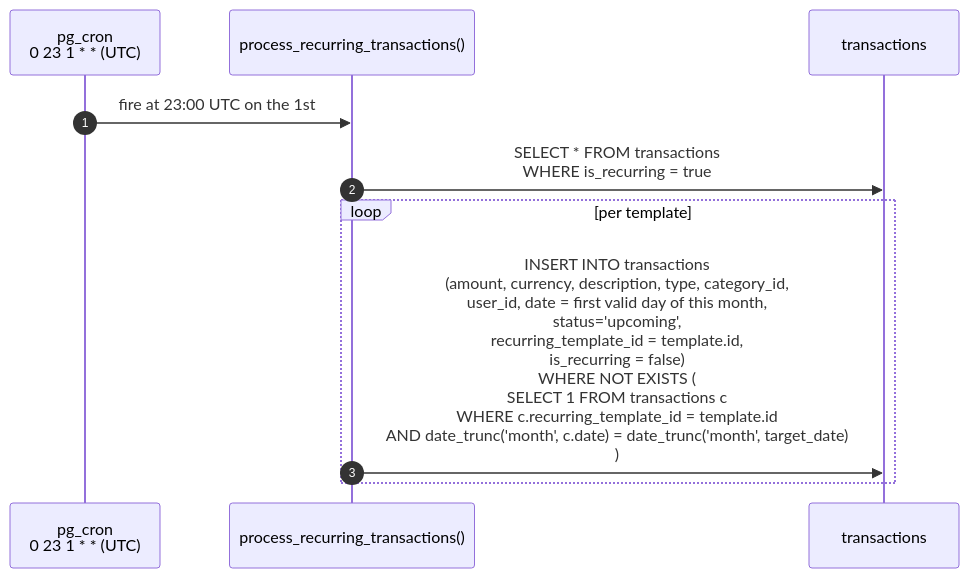
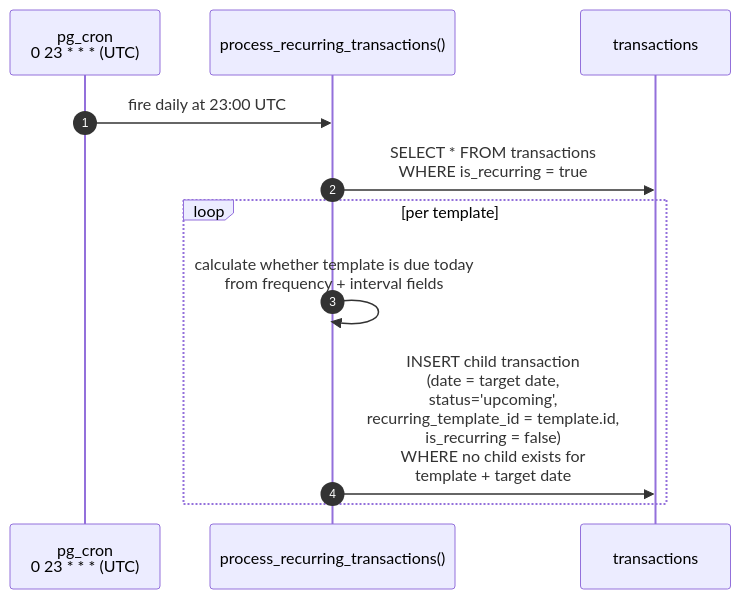
Before and after one commit to adrianghub/portfelik: the first of 3 diagrams in docs/architecture/flows/recurring-transactions.md, drawn with Mermaid. The commit also changed other lines of this file and 16 other files, not shown here.

````diff
--- a/docs/architecture/flows/recurring-transactions.md
+++ b/docs/architecture/flows/recurring-transactions.md
@@ -9,13 +11,14 @@
 ```mermaid
 sequenceDiagram
     autonumber
-    participant Cron as pg_cron<br/>0 23 1 * * (UTC)
+    participant Cron as pg_cron<br/>0 23 * * * (UTC)
     participant Job as process_recurring_transactions()
     participant T as transactions
 
-    Cron->>Job: fire at 23:00 UTC on the 1st
+    Cron->>Job: fire daily at 23:00 UTC
     Job->>T: SELECT * FROM transactions<br/>WHERE is_recurring = true
     loop per template
-        Job->>T: INSERT INTO transactions<br/>(amount, currency, description, type, category_id,<br/> user_id, date = first valid day of this month,<br/> status='upcoming',<br/> recurring_template_id = template.id,<br/> is_recurring = false)<br/>WHERE NOT EXISTS (<br/>  SELECT 1 FROM transactions c<br/>  WHERE c.recurring_template_id = template.id<br/>    AND date_trunc('month', c.date) = date_trunc('month', target_date)<br/>)
+        Job->>Job: calculate whether template is due today<br/>from frequency + interval fields
+        Job->>T: INSERT child transaction<br/>(date = target date,<br/> status='upcoming',<br/> recurring_template_id = template.id,<br/> is_recurring = false)<br/>WHERE no child exists for<br/>template + target date
     end
 ```
````
